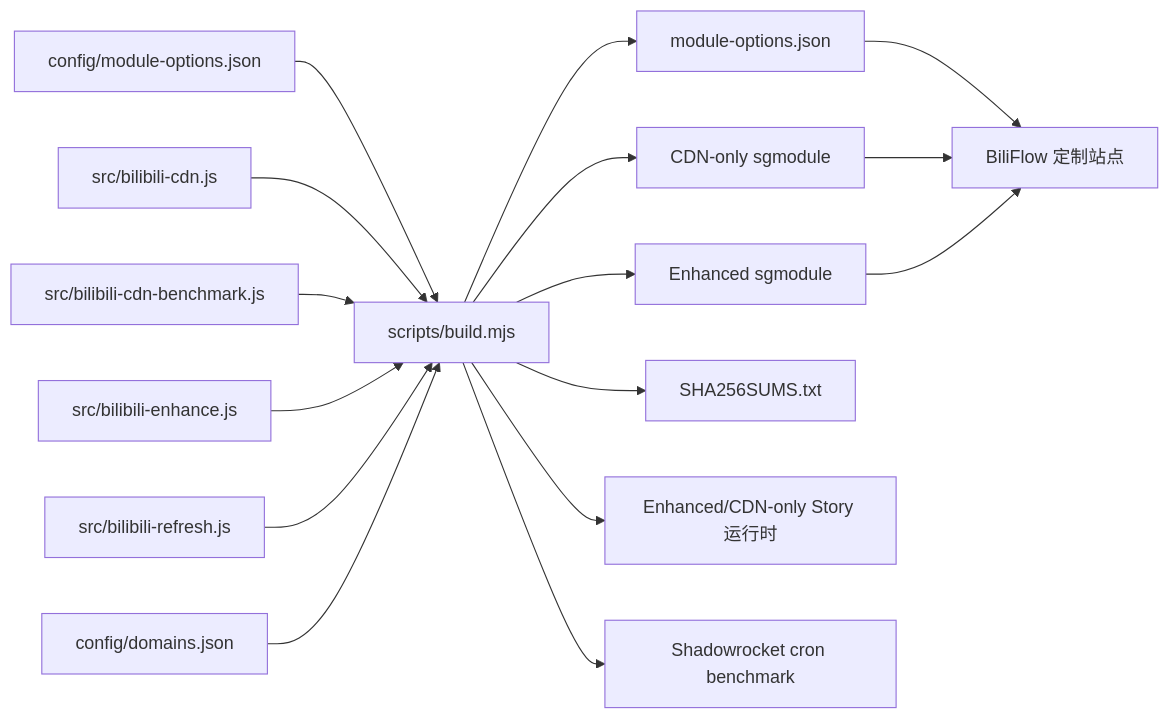
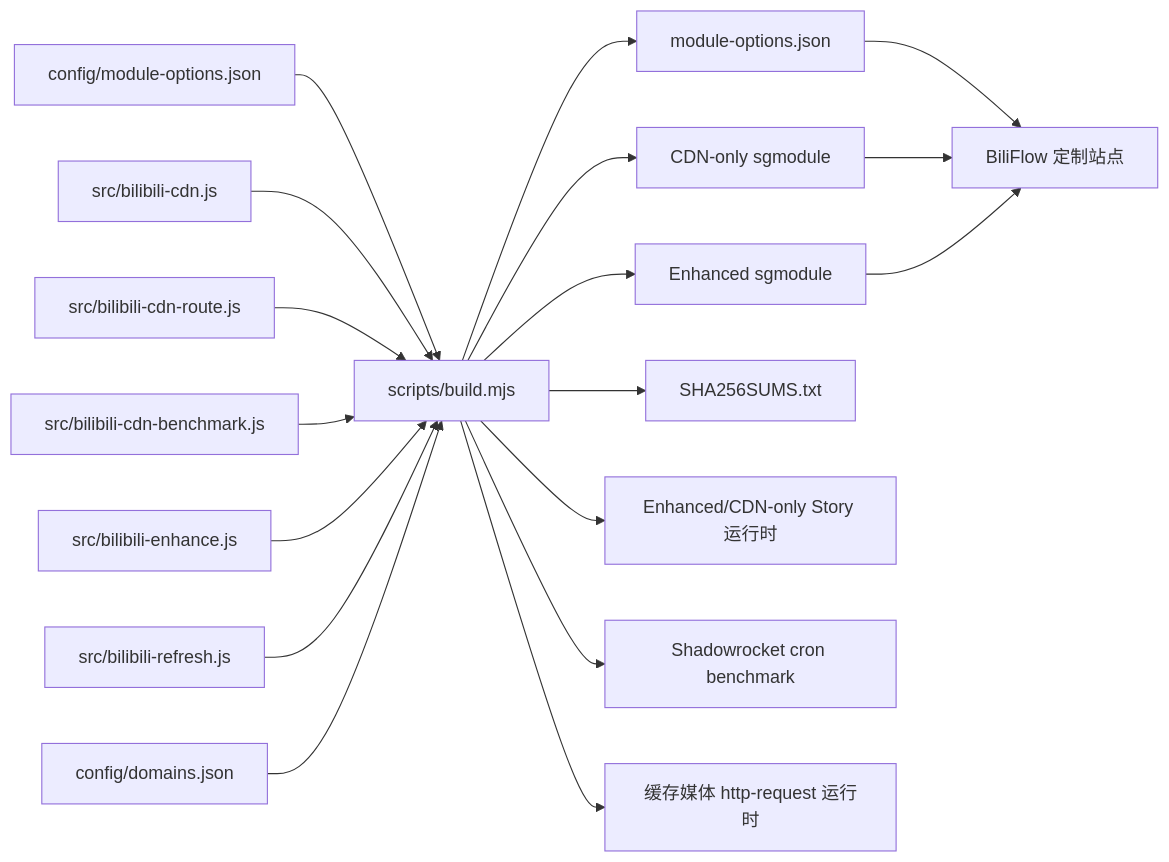
The diagram in docs/V3_ARCHITECTURE.md (STERILITZIA02/IOS_Bilibiliu_CDN_rewrite), drawn with Mermaid before and after one commit. The commit also changed other lines of this file and 26 other files, not shown here.

Commit message:
fix: route cached bilibili media to exact signed cdn

````diff
--- a/docs/V3_ARCHITECTURE.md
+++ b/docs/V3_ARCHITECTURE.md
@@ -33,18 +33,20 @@
 ```mermaid
 flowchart LR
   A[config/module-options.json] --> B[scripts/build.mjs]
   C[src/bilibili-cdn.js] --> B
+  R[src/bilibili-cdn-route.js] --> B
   M[src/bilibili-cdn-benchmark.js] --> B
   D[src/bilibili-enhance.js] --> B
   E[src/bilibili-refresh.js] --> B
   K[config/domains.json] --> B
   B --> F[CDN-only sgmodule]
   B --> G[Enhanced sgmodule]
   B --> H[module-options.json]
   B --> I[SHA256SUMS.txt]
   B --> L[Enhanced/CDN-only Story 运行时]
   B --> N[Shadowrocket cron benchmark]
+  B --> O[缓存媒体 http-request 运行时]
   H --> J[BiliFlow 定制站点]
   F --> J
   G --> J
 ```
````
